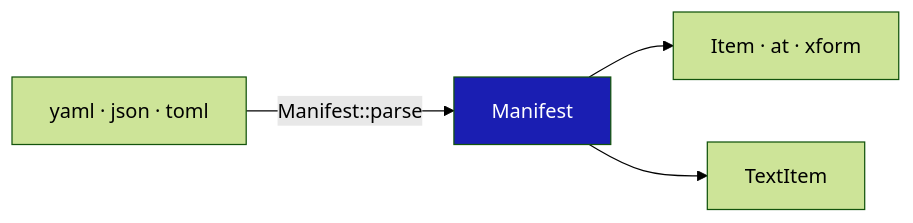
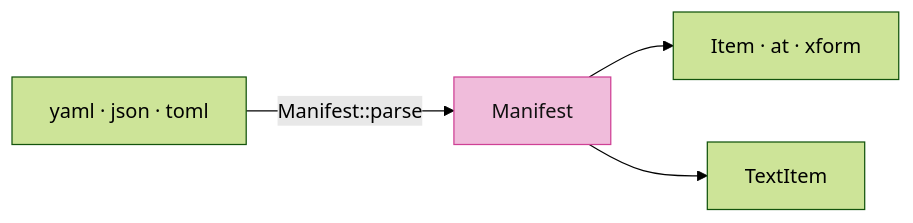
The second of 8 diagrams in session_viewer/docs/14-loading.md (petrasvestartas/session), drawn with Mermaid (forest theme) before and after one commit. The commit also changed other lines of this file and 23 other files, not shown here.

Commit message:
Course: Mermaid nodes white with black text, highlighted nodes pink, white arrows and edge labels on the black ground

````diff
--- a/session_viewer/docs/14-loading.md
+++ b/session_viewer/docs/14-loading.md
@@ -27,6 +27,6 @@
 ```mermaid
 flowchart LR
     F["yaml · json · toml"] -- "Manifest::parse" --> M["Manifest"] --> I["Item · at · xform"]
     M --> T["TextItem"]
-    style M fill:#1a1eb2,color:#fff
+    style M fill:#f0bcdb,stroke:#ce4095,color:#111
 ```
````
